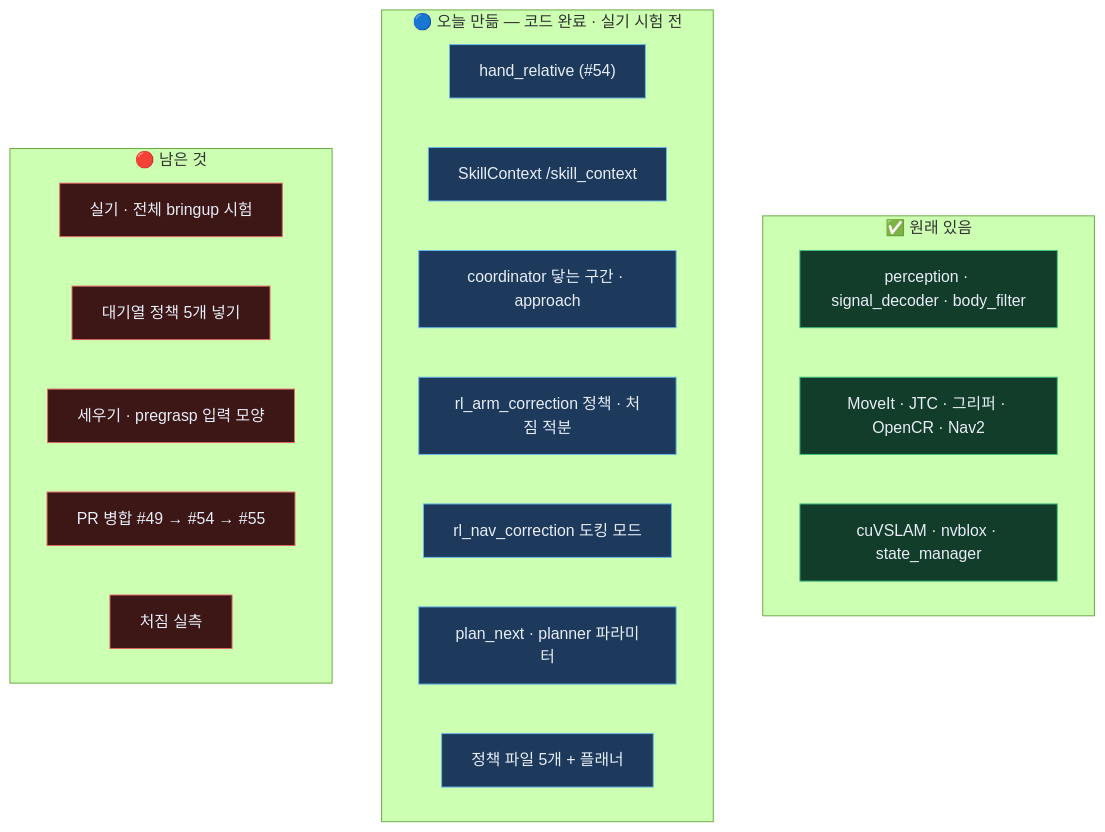
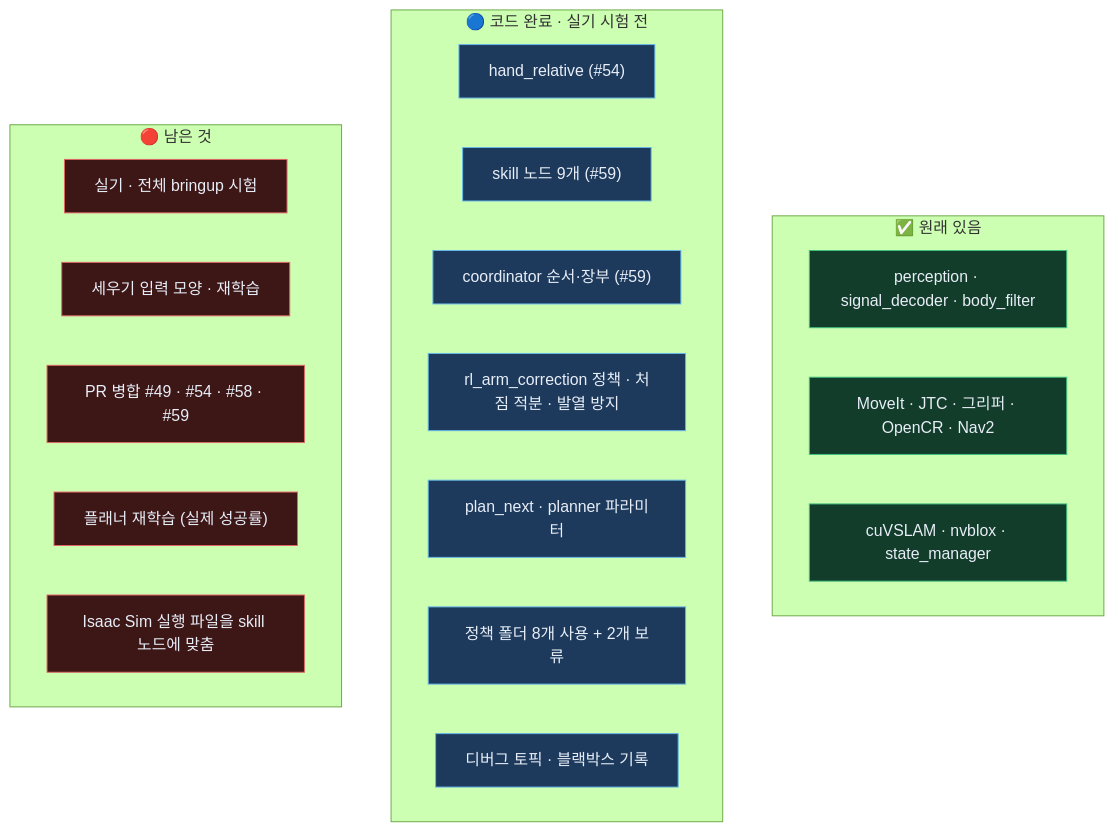
Before and after one commit to JuneKunst/JuneKunst.github.io: the sixth of 9 diagrams in bee/system-map.md, drawn with Mermaid (forest theme). The commit also changed other lines of this file and 18 other files, not shown here.

````diff
--- a/bee/system-map.md
+++ b/bee/system-map.md
@@ -233,30 +233,30 @@
 ```mermaid
 flowchart TB
   subgraph gz_DONE["✅ 원래 있음"]
     direction LR
     gz_d1["perception · signal_decoder · body_filter"]:::ok
     gz_d3["MoveIt · JTC · 그리퍼 · OpenCR · Nav2"]:::ok
     gz_d5["cuVSLAM · nvblox · state_manager"]:::ok
   end
-  subgraph gz_CODE["🔵 오늘 만듦 — 코드 완료 · 실기 시험 전"]
+  subgraph gz_CODE["🔵 코드 완료 · 실기 시험 전"]
     direction LR
     gz_d6["hand_relative (#54)"]:::code
-    gz_d7["SkillContext /skill_context"]:::code
-    gz_d8["coordinator 닿는 구간 · approach"]:::code
-    gz_d10["rl_arm_correction 정책 · 처짐 적분"]:::code
-    gz_d11["rl_nav_correction 도킹 모드"]:::code
+    gz_d8["skill 노드 9개 (#59)"]:::code
+    gz_d9["coordinator 순서·장부 (#59)"]:::code
+    gz_d10["rl_arm_correction 정책 · 처짐 적분 · 발열 방지"]:::code
     gz_d12["plan_next · planner 파라미터"]:::code
-    gz_d13["정책 파일 5개 + 플래너"]:::code
+    gz_d13["정책 폴더 8개 사용 + 2개 보류"]:::code
+    gz_d14["디버그 토픽 · 블랙박스 기록"]:::code
   end
   subgraph gz_LEFT["🔴 남은 것"]
     direction LR
     gz_l1["실기 · 전체 bringup 시험"]:::no
-    gz_l2["대기열 정책 5개 넣기"]:::no
-    gz_l3["세우기 · pregrasp 입력 모양"]:::no
-    gz_l4["PR 병합 #49 → #54 → #55"]:::no
-    gz_l5["처짐 실측"]:::no
+    gz_l3["세우기 입력 모양 · 재학습"]:::no
+    gz_l4["PR 병합 #49 · #54 · #58 · #59"]:::no
+    gz_l5["플래너 재학습 (실제 성공률)"]:::no
+    gz_l6["Isaac Sim 실행 파일을 skill 노드에 맞춤"]:::no
   end
   classDef ok fill:#123d2a,stroke:#3fbf7f,color:#e8eef8
   classDef code fill:#1d3a5c,stroke:#67b7e8,color:#e8eef8
   classDef no fill:#3d1616,stroke:#e06666,color:#e8eef8
 ```
````
